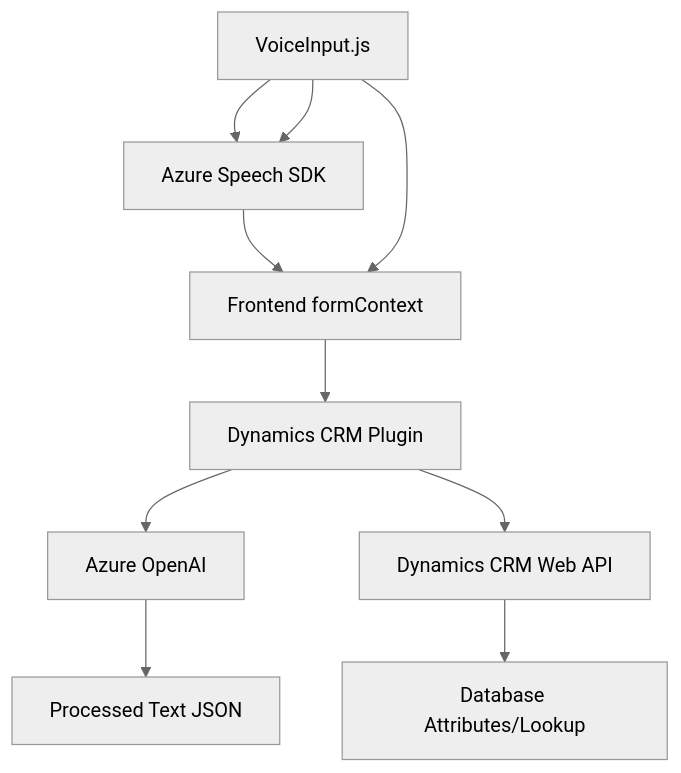
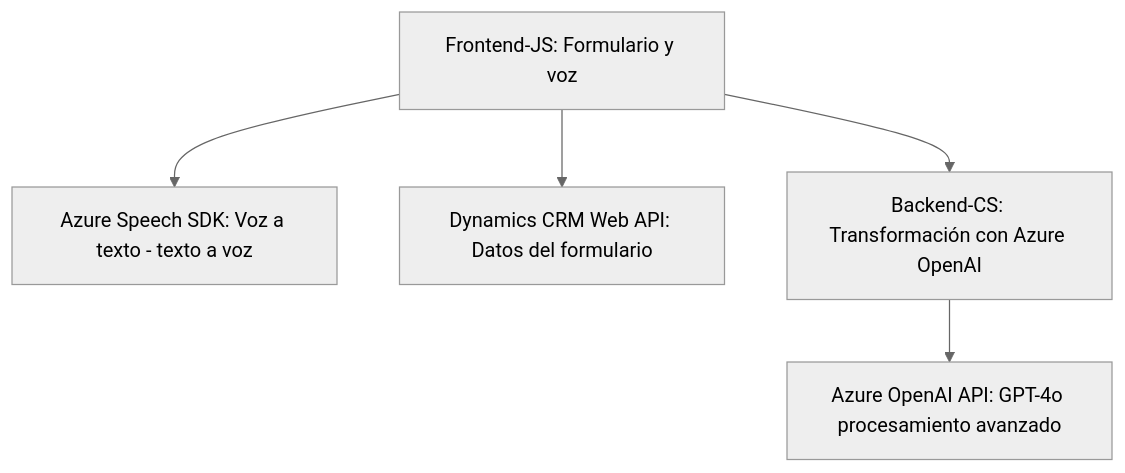
One commit to blopezdm/NETCORE_BILBAO2025 changed the diagram in README.md. Above: the diagram before and after it, drawn with Mermaid (neutral theme). The commit also changed other lines of this file, not shown here.

Commit message:
Actualizar análisis global de la solución con IA

````diff
--- a/README.md
+++ b/README.md
@@ -60,13 +37,13 @@
-```mermaid  
-graph TD  
-A["JavaScript VoiceInputHandler.js"] --> B["Azure Speech SDK"]  
-A["VoiceInput.js"] --> B  
-B --> C["Frontend formContext"]  
-A --> C  
+```mermaid
+graph TD
+    A["Frontend-JS: Formulario y voz"]
+    B["Azure Speech SDK: Voz a texto - texto a voz"]
+    C["Dynamics CRM Web API: Datos del formulario"]
+    D["Backend-CS: Transformación con Azure OpenAI"]
+    E["Azure OpenAI API: GPT-4o procesamiento avanzado"]
 
-C --> D["Dynamics CRM Plugin"]  
-D --> E["Azure OpenAI"]  
-D --> F["Dynamics CRM Web API"]  
-E --> G["Processed Text JSON"]  
-F --> H["Database Attributes/Lookup"]  
+    A --> B
+    A --> C
+    A --> D
+    D --> E
 ```
````
